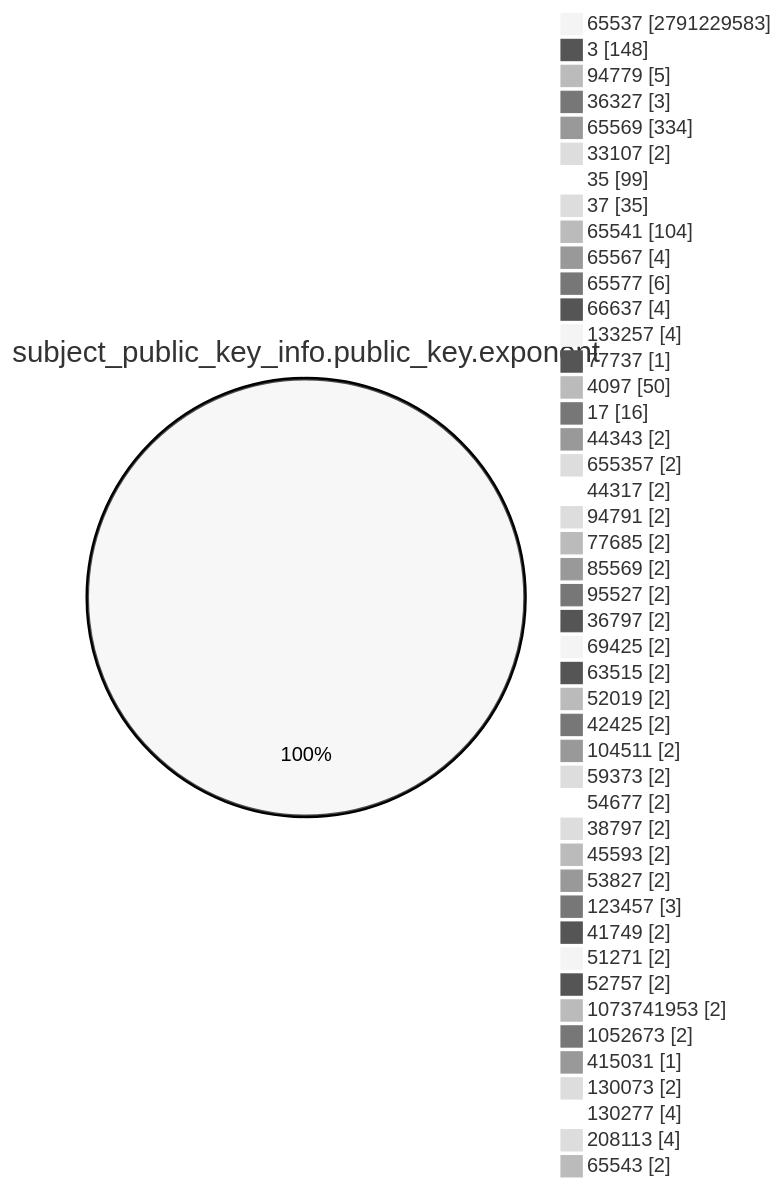
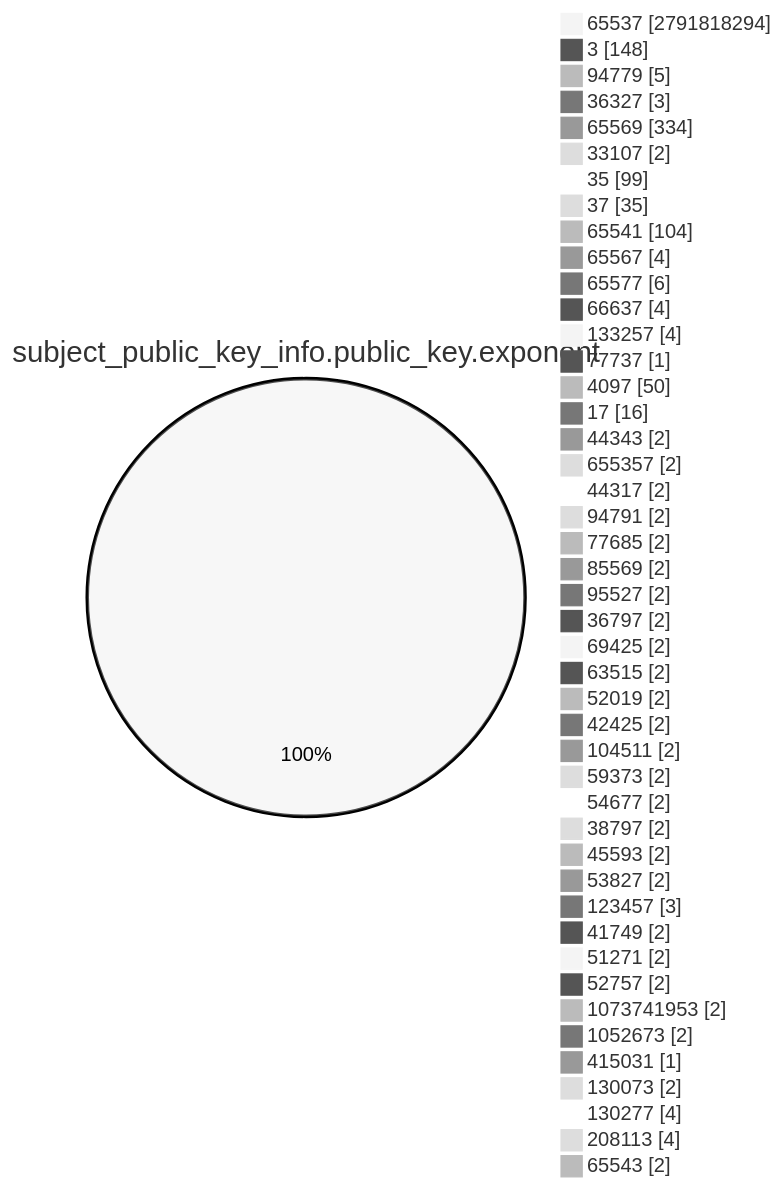
The fourth of 15 diagrams in TOTAL/README.md (christiankrug/ctmonitor_visualization), drawn with Mermaid (neutral theme) before and after one commit. The commit also changed other lines of this file, not shown here.

````diff
--- a/TOTAL/README.md
+++ b/TOTAL/README.md
@@ -1467,49 +1467,49 @@
 ```mermaid
 pie showData
 title subject_public_key_info.public_key.exponent
-"65537" :2791229583
+"65537" :2791818294
 "3" :148
 "94779" :5
 "36327" :3
 "65569" :334
 "33107" :2
 "35" :99
 "37" :35
 "65541" :104
 "65567" :4
 "65577" :6
 "66637" :4
 "133257" :4
 "77737" :1
 "4097" :50
 "17" :16
 "44343" :2
 "655357" :2
 "44317" :2
 "94791" :2
 "77685" :2
 "85569" :2
 "95527" :2
 "36797" :2
 "69425" :2
 "63515" :2
 "52019" :2
 "42425" :2
 "104511" :2
 "59373" :2
 "54677" :2
 "38797" :2
 "45593" :2
 "53827" :2
 "123457" :3
 "41749" :2
 "51271" :2
 "52757" :2
 "1073741953" :2
 "1052673" :2
 "415031" :1
 "130073" :2
 "130277" :4
 "208113" :4
 "65543" :2
 ```
````
